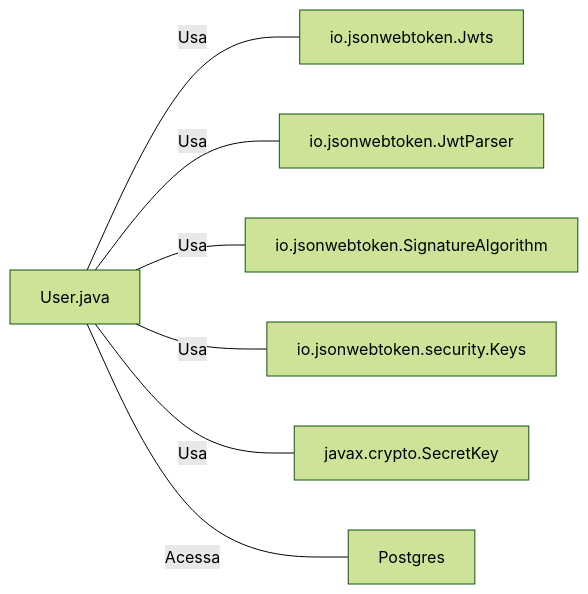
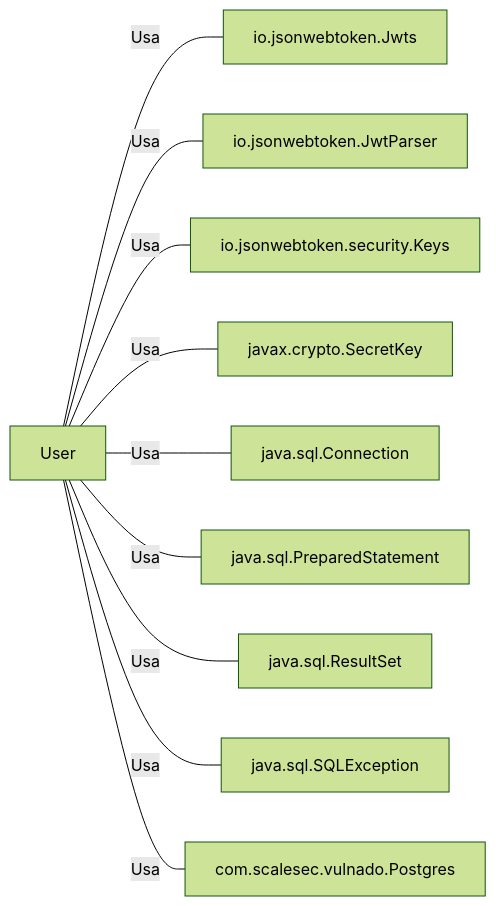
Before and after one commit to gftaimpact/demo-java-citi: the second of 2 diagrams in wiki/src/test/java/com/scalesec/vulnado/User.java.md, drawn with Mermaid (forest theme). The commit also changed other lines of this file and 1 other file, not shown here.

````diff
--- a/wiki/src/test/java/com/scalesec/vulnado/User.java.md
+++ b/wiki/src/test/java/com/scalesec/vulnado/User.java.md
@@ -26,9 +25,12 @@
 ```mermaid
 graph LR
-    User.java --- |"Usa"| io.jsonwebtoken.Jwts
-    User.java --- |"Usa"| io.jsonwebtoken.JwtParser
-    User.java --- |"Usa"| io.jsonwebtoken.SignatureAlgorithm
-    User.java --- |"Usa"| io.jsonwebtoken.security.Keys
-    User.java --- |"Usa"| javax.crypto.SecretKey
-    User.java --- |"Acessa"| Postgres
+    User --- |"Usa"| io.jsonwebtoken.Jwts
+    User --- |"Usa"| io.jsonwebtoken.JwtParser
+    User --- |"Usa"| io.jsonwebtoken.security.Keys
+    User --- |"Usa"| javax.crypto.SecretKey
+    User --- |"Usa"| java.sql.Connection
+    User --- |"Usa"| java.sql.PreparedStatement
+    User --- |"Usa"| java.sql.ResultSet
+    User --- |"Usa"| java.sql.SQLException
+    User --- |"Usa"| com.scalesec.vulnado.Postgres
 ```
````
